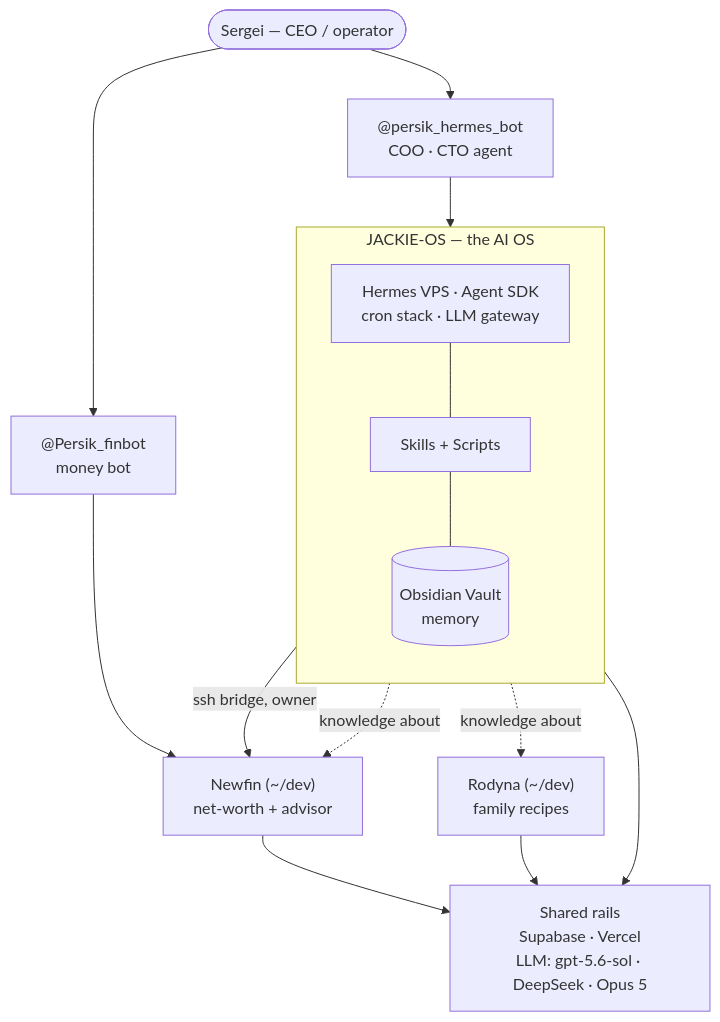
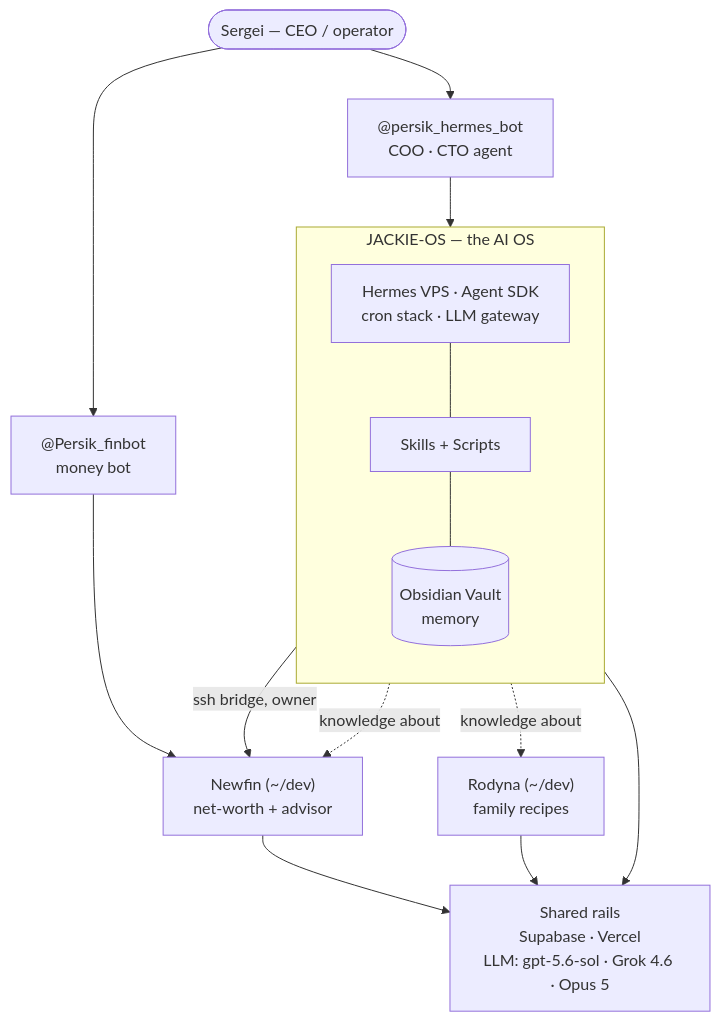
The diagram in docs-src/content/docs/architecture.md (sc-jackie/sergeichan), drawn with Mermaid before and after one commit. The commit also changed other lines of this file and 248 other files, not shown here.

````diff
--- a/docs-src/content/docs/architecture.md
+++ b/docs-src/content/docs/architecture.md
@@ -10,27 +10,27 @@
 ```mermaid
 flowchart TB
     SERGEI(["Sergei — CEO / operator"])
     FINBOT["@Persik_finbot<br>money bot"]
     HERMESBOT["@persik_hermes_bot<br>COO · CTO agent"]
     subgraph JOS["JACKIE-OS — the AI OS"]
         direction TB
         HERMES["Hermes VPS · Agent SDK<br>cron stack · LLM gateway"]
         SKILLS["Skills + Scripts"]
         VAULT[("Obsidian Vault<br>memory")]
         HERMES --- SKILLS --- VAULT
     end
     NEWFIN["Newfin (~/dev)<br>net-worth + advisor"]
     RODYNA["Rodyna (~/dev)<br>family recipes"]
-    RAILS["Shared rails<br>Supabase · Vercel<br>LLM: gpt-5.6-sol · DeepSeek · Opus 5"]
+    RAILS["Shared rails<br>Supabase · Vercel<br>LLM: gpt-5.6-sol · Grok 4.6 · Opus 5"]
 
     SERGEI --> FINBOT
     SERGEI --> HERMESBOT
     HERMESBOT --> JOS
     FINBOT --> NEWFIN
     JOS -->|ssh bridge, owner| NEWFIN
     JOS -.->|knowledge about| NEWFIN
     JOS -.->|knowledge about| RODYNA
     NEWFIN --> RAILS
     RODYNA --> RAILS
     JOS --> RAILS
 ```
````
